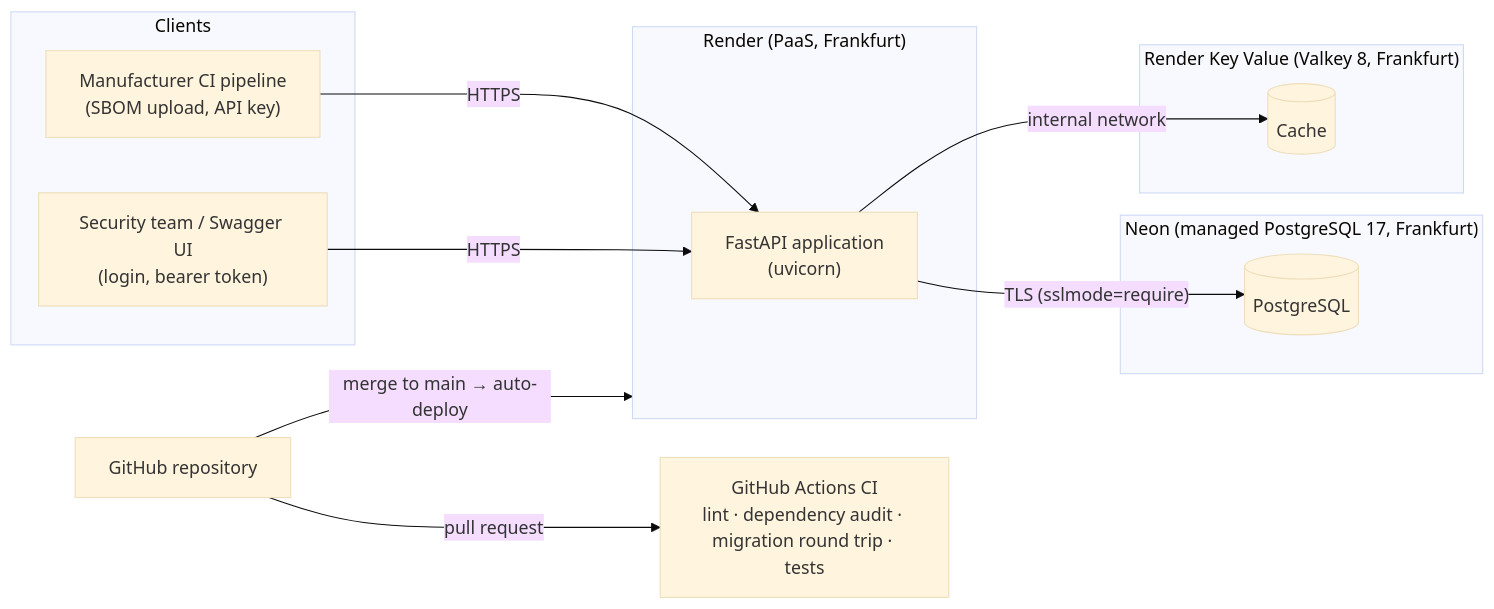
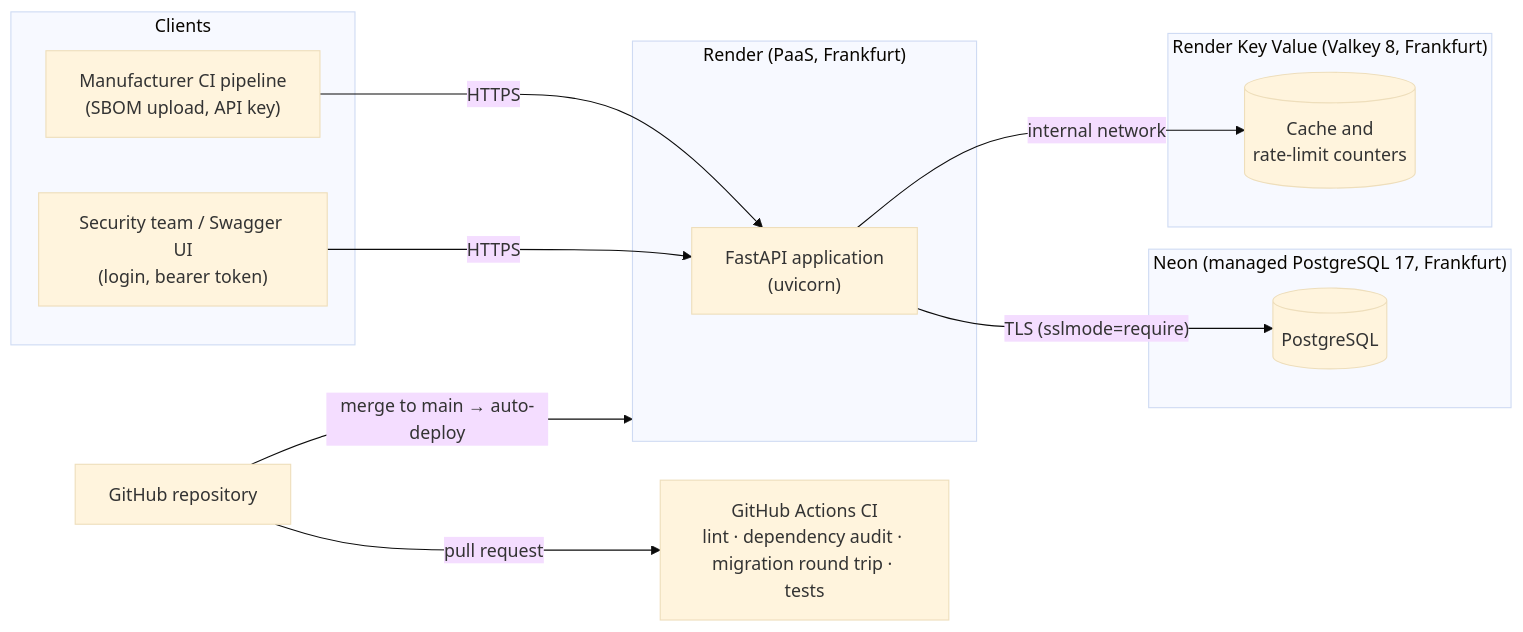
Before and after one commit to eterna09/sbom-tracker: the diagram in README.md, drawn with Mermaid (base theme). The commit also changed other lines of this file and 3 other files, not shown here.

````diff
--- a/README.md
+++ b/README.md
@@ -52,27 +53,27 @@
 ```mermaid
 flowchart LR
     subgraph Clients
         CI["Manufacturer CI pipeline<br/>(SBOM upload, API key)"]
         Analyst["Security team / Swagger UI<br/>(login, bearer token)"]
     end
 
     subgraph Render["Render (PaaS, Frankfurt)"]
         API["FastAPI application<br/>(uvicorn)"]
     end
 
     subgraph Neon["Neon (managed PostgreSQL 17, Frankfurt)"]
         DB[("PostgreSQL")]
     end
 
     subgraph KV["Render Key Value (Valkey 8, Frankfurt)"]
-        Cache[("Cache")]
+        Cache[("Cache and<br/>rate-limit counters")]
     end
 
     GitHub["GitHub repository"] -->|"pull request"| Actions["GitHub Actions CI<br/>lint · dependency audit · migration round trip · tests"]
     GitHub -->|"merge to main → auto-deploy"| Render
 
     CI -->|HTTPS| API
     Analyst -->|HTTPS| API
     API -->|"TLS (sslmode=require)"| DB
     API -->|"internal network"| Cache
 ```
````
